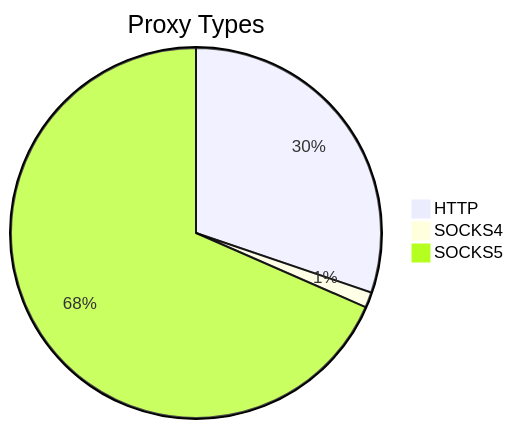
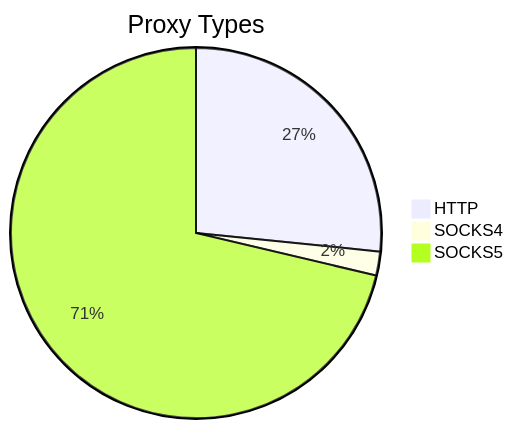
The first of 2 diagrams in README.md (stormsia/proxy-list), drawn with Mermaid before and after one commit. The commit also changed other lines of this file, not shown here.

````diff
--- a/README.md
+++ b/README.md
@@ -21,6 +21,6 @@
 ```mermaid
 pie title Proxy Types
-    "HTTP" : 313
-    "SOCKS4" : 14
-    "SOCKS5" : 709
+    "HTTP" : 319
+    "SOCKS4" : 25
+    "SOCKS5" : 855
 ```
````
